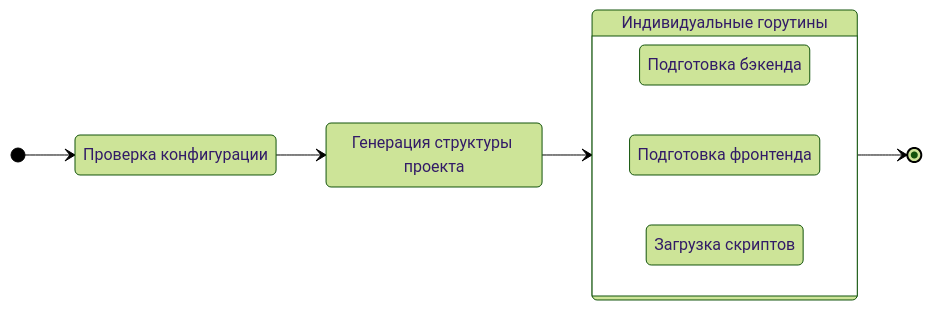
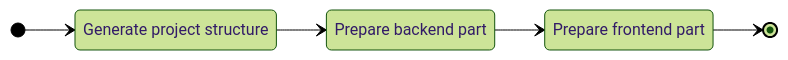
Before and after one commit to gowebly/docs: the diagram in docs/ru/complete-user-guide/create-new-project.md, drawn with Mermaid (forest theme). The commit also changed other lines of this file and 39 other files, not shown here.

````diff
--- a/docs/ru/complete-user-guide/create-new-project.md
+++ b/docs/ru/complete-user-guide/create-new-project.md
@@ -47,20 +118,11 @@
 ```mermaid
 stateDiagram-v2
-    Validation: Проверка конфигурации
-    Structure: Генерация структуры проекта
-    Backend: Подготовка бэкенда
-    Frontend: Подготовка фронтенда
-    Downloading: Загрузка скриптов
-    Goroutines: Индивидуальные горутины
+    Structure: Generate project structure
+    Backend: Prepare backend part
+    Frontend: Prepare frontend part
     direction LR
-    [*] --> Validation
-    Validation --> Structure
-    Structure --> Goroutines
-    state Goroutines {
-        direction LR
-        Backend
-        Frontend
-        Downloading
-    }
-    Goroutines --> [*]
+    [*] --> Structure
+    Structure --> Backend
+    Backend --> Frontend
+    Frontend --> [*]
 ```
````
